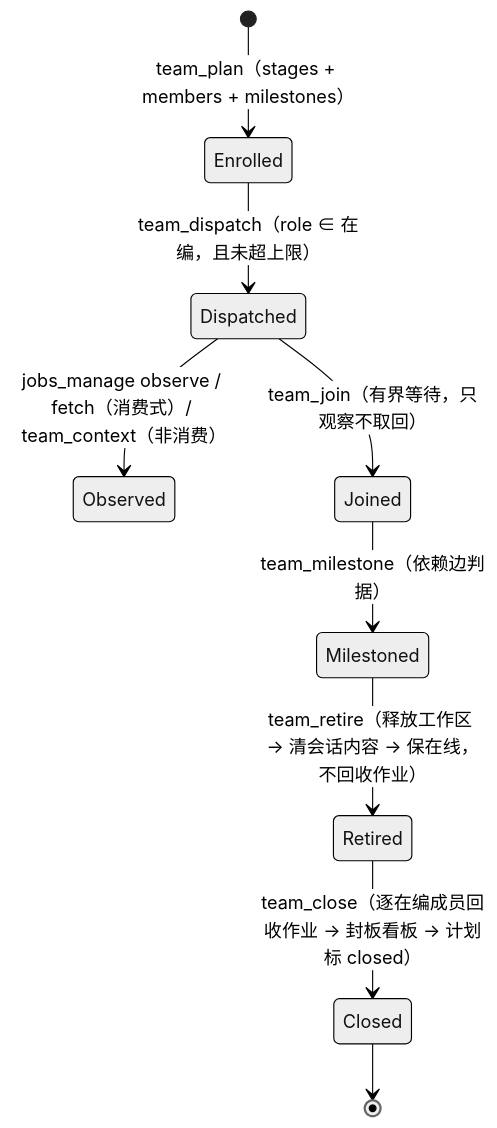
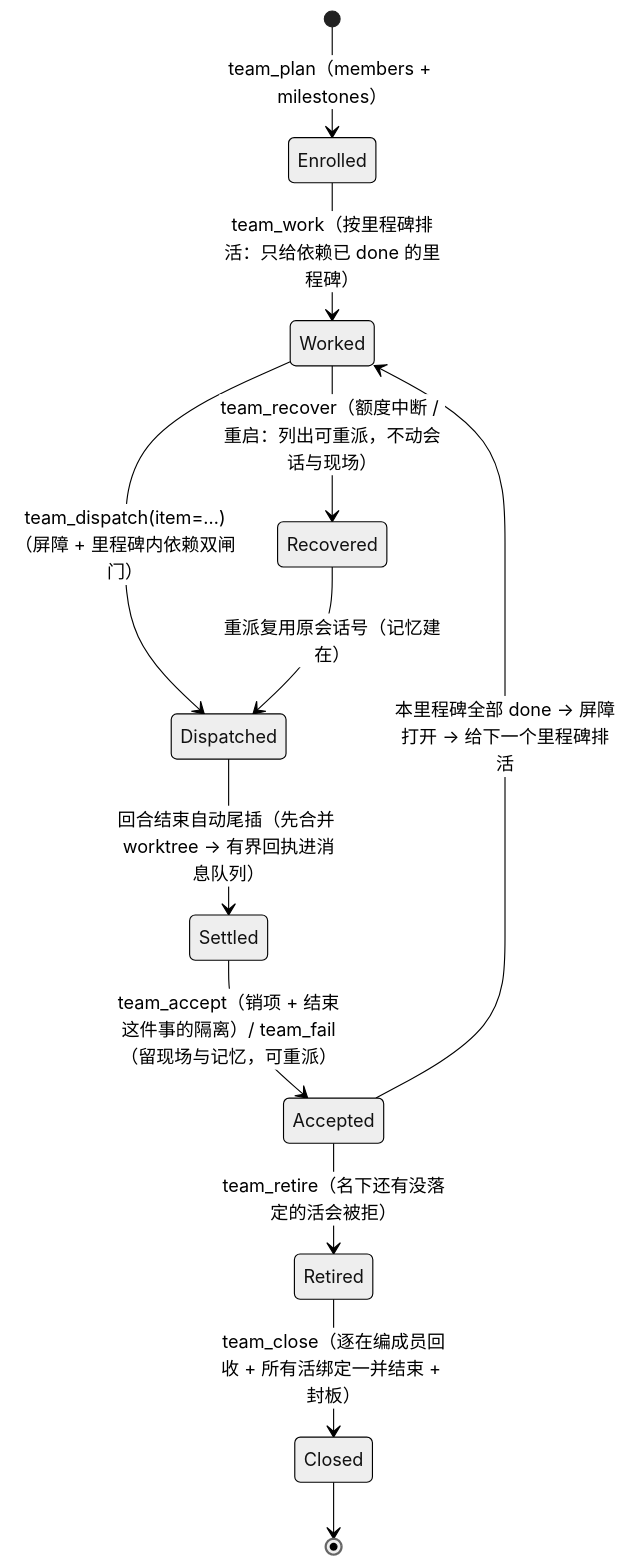
Before and after one commit to RedHuang-0622/seelex: the second of 2 diagrams in seelebridge/teamwork/README.md, drawn with Mermaid (neutral theme). The commit also changed other lines of this file and 37 other files, not shown here.

First line of the commit message:
feat(teamwork): Work Item 里程碑重构（Milestone 屏障 + 一 Work Item 一套 Session/worktree）

````diff
--- a/seelebridge/teamwork/README.md
+++ b/seelebridge/teamwork/README.md
@@ -34,11 +34,14 @@
 ```mermaid
 stateDiagram-v2
-    [*] --> Enrolled: team_plan（stages + members + milestones）
-    Enrolled --> Dispatched: team_dispatch（role ∈ 在编，且未超上限）
-    Dispatched --> Observed: jobs_manage observe / fetch（消费式）/ team_context（非消费）
-    Dispatched --> Joined: team_join（有界等待，只观察不取回）
-    Joined --> Milestoned: team_milestone（依赖边判据）
-    Milestoned --> Retired: team_retire（释放工作区 → 清会话内容 → 保在线，不回收作业）
-    Retired --> Closed: team_close（逐在编成员回收作业 → 封板看板 → 计划标 closed）
+    [*] --> Enrolled: team_plan（members + milestones）
+    Enrolled --> Worked: team_work（按里程碑排活：只给依赖已 done 的里程碑）
+    Worked --> Dispatched: team_dispatch(item=…)（屏障 + 里程碑内依赖双闸门）
+    Dispatched --> Settled: 回合结束自动尾插（先合并 worktree → 有界回执进消息队列）
+    Settled --> Accepted: team_accept（销项 + 结束这件事的隔离）/ team_fail（留现场与记忆，可重派）
+    Accepted --> Worked: 本里程碑全部 done → 屏障打开 → 给下一个里程碑排活
+    Worked --> Recovered: team_recover（额度中断 / 重启：列出可重派，不动会话与现场）
+    Recovered --> Dispatched: 重派复用原会话号（记忆建在）
+    Accepted --> Retired: team_retire（名下还有没落定的活会被拒）
+    Retired --> Closed: team_close（逐在编成员回收 + 所有活绑定一并结束 + 封板）
     Closed --> [*]
 ```
````
